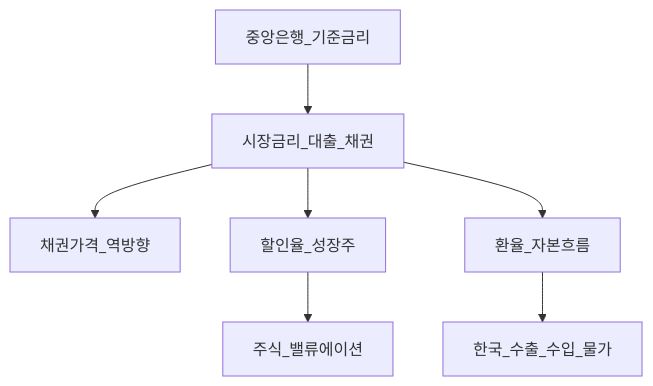
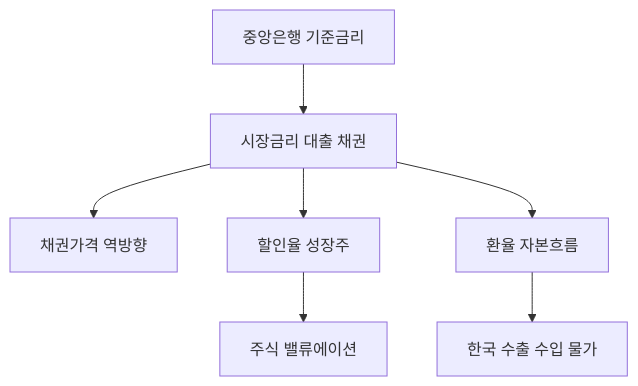
Before and after one commit to goldanghenry/Finances: the first of 2 diagrams in 02-economics/macroeconomics-basics.md, drawn with Mermaid. The commit also changed other lines of this file and 211 other files, not shown here.

````diff
--- a/02-economics/macroeconomics-basics.md
+++ b/02-economics/macroeconomics-basics.md
@@ -118,9 +134,9 @@
 ```mermaid
 flowchart TD
-  CB[중앙은행_기준금리] --> Mkt[시장금리_대출_채권]
-  Mkt --> Bond[채권가격_역방향]
-  Mkt --> Disc[할인율_성장주]
-  Disc --> Equity[주식_밸류에이션]
-  Mkt --> FX[환율_자본흐름]
-  FX --> KR[한국_수출_수입_물가]
+  CB["중앙은행 기준금리"] --> Mkt["시장금리 대출 채권"]
+  Mkt --> Bond["채권가격 역방향"]
+  Mkt --> Disc["할인율 성장주"]
+  Disc --> Equity["주식 밸류에이션"]
+  Mkt --> FX["환율 자본흐름"]
+  FX --> KR["한국 수출 수입 물가"]
 ```
````
